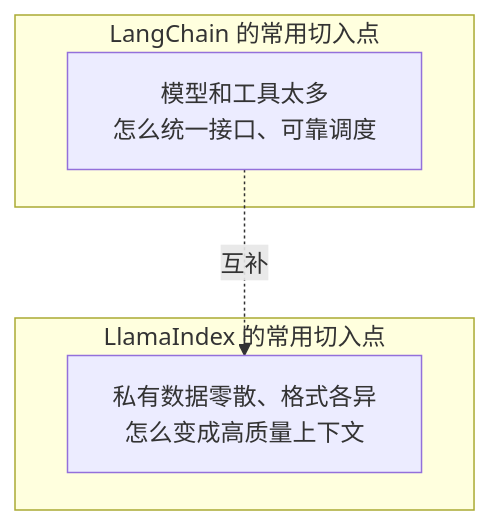
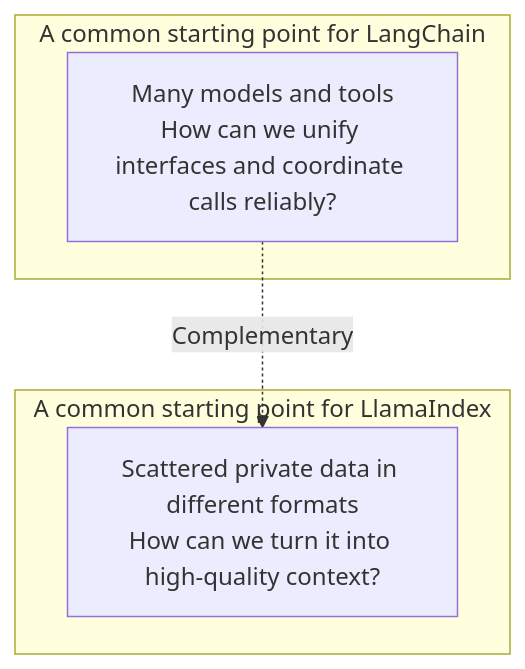
Before and after one commit to oneleaveknowsthefall/awesome-ai-roadmap: the first of 2 diagrams in docs/frameworks/02-llamaindex/14-data-index-abstractions.md, drawn with Mermaid. The commit also changed other lines of this file and 70 other files, not shown here.

````diff
--- a/docs/frameworks/02-llamaindex/14-data-index-abstractions.md
+++ b/docs/frameworks/02-llamaindex/14-data-index-abstractions.md
@@ -15,10 +15,10 @@
 ```mermaid
 flowchart TB
-    subgraph LC["LangChain 的常用切入点"]
-        L1["模型和工具太多<br/>怎么统一接口、可靠调度"]
+    subgraph LC["A common starting point for LangChain"]
+        L1["Many models and tools<br/>How can we unify interfaces and coordinate calls reliably?"]
     end
-    subgraph LI["LlamaIndex 的常用切入点"]
-        I1["私有数据零散、格式各异<br/>怎么变成高质量上下文"]
+    subgraph LI["A common starting point for LlamaIndex"]
+        I1["Scattered private data in different formats<br/>How can we turn it into high-quality context?"]
     end
-    L1 -.互补.-> I1
+    L1 -.Complementary.-> I1
 ```
````
